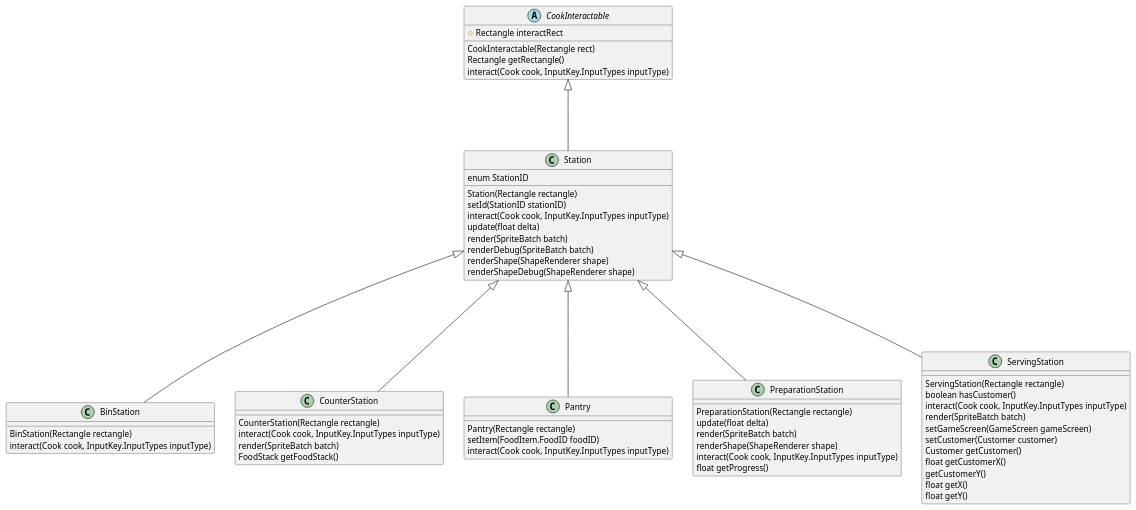
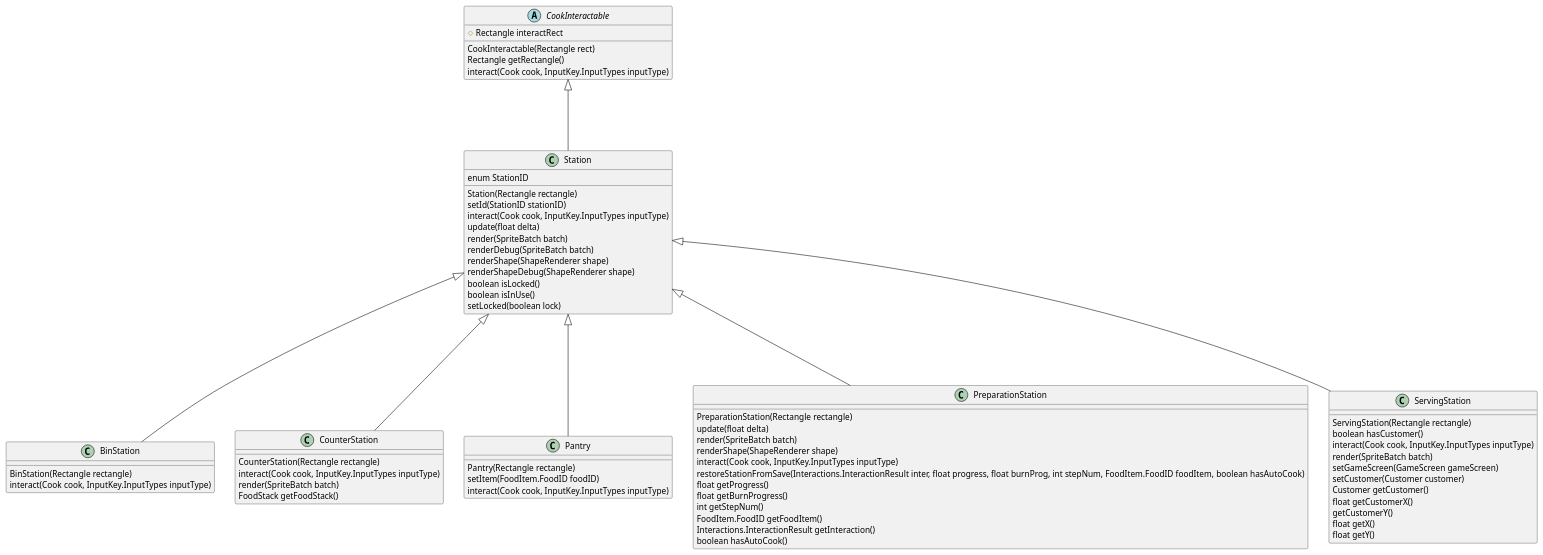
One commit to ENG1-TEAM3/project_eng1_team3_A2 changed the diagram in ENG1/SUBMITTABLES/Architecture/plantumls/stations.puml. Above: the diagram before and after it, drawn with PlantUML. The commit also changed 8 other files, not shown here.

```diff
--- a/ENG1/SUBMITTABLES/Architecture/plantumls/stations.puml
+++ b/ENG1/SUBMITTABLES/Architecture/plantumls/stations.puml
@@ -1,67 +1,76 @@
 @startuml
 abstract CookInteractable{
 # Rectangle interactRect
 CookInteractable(Rectangle rect)
 Rectangle getRectangle()
 interact(Cook cook, InputKey.InputTypes inputType)
 }
 class Station{
 enum StationID
 Station(Rectangle rectangle)
 setId(StationID stationID)
 interact(Cook cook, InputKey.InputTypes inputType)
 update(float delta)
 render(SpriteBatch batch)
 renderDebug(SpriteBatch batch)
 renderShape(ShapeRenderer shape)
 renderShapeDebug(ShapeRenderer shape)
+boolean isLocked()
+boolean isInUse()
+setLocked(boolean lock)
 }
 class BinStation{
 BinStation(Rectangle rectangle)
 interact(Cook cook, InputKey.InputTypes inputType)
 }
 class CounterStation {
 CounterStation(Rectangle rectangle)
 interact(Cook cook, InputKey.InputTypes inputType)
 render(SpriteBatch batch)
 FoodStack getFoodStack()
 }
 class Pantry{
 Pantry(Rectangle rectangle)
 setItem(FoodItem.FoodID foodID)
 interact(Cook cook, InputKey.InputTypes inputType)
 }
 class PreparationStation{
 PreparationStation(Rectangle rectangle)
 update(float delta)
 render(SpriteBatch batch)
 renderShape(ShapeRenderer shape)
 interact(Cook cook, InputKey.InputTypes inputType)
+restoreStationFromSave(Interactions.InteractionResult inter, float progress, float burnProg, int stepNum, FoodItem.FoodID foodItem, boolean hasAutoCook)
 float getProgress()
+float getBurnProgress()
+int getStepNum()
+FoodItem.FoodID getFoodItem()
+Interactions.InteractionResult getInteraction()
+boolean hasAutoCook()
 }
 class ServingStation{
 ServingStation(Rectangle rectangle)
 boolean hasCustomer()
 interact(Cook cook, InputKey.InputTypes inputType)
 render(SpriteBatch batch)
 setGameScreen(GameScreen gameScreen)
 setCustomer(Customer customer)
 Customer getCustomer()
 float getCustomerX()
 getCustomerY()
 float getX()
 float getY()
 }
 
 Station -up--|> CookInteractable
 Pantry -up--|> Station
 BinStation -up--|> Station
 CounterStation -up--|> Station
 ServingStation -up--|> Station
 PreparationStation -up--|> Station
 
 
 
 
 
 @enduml
```
